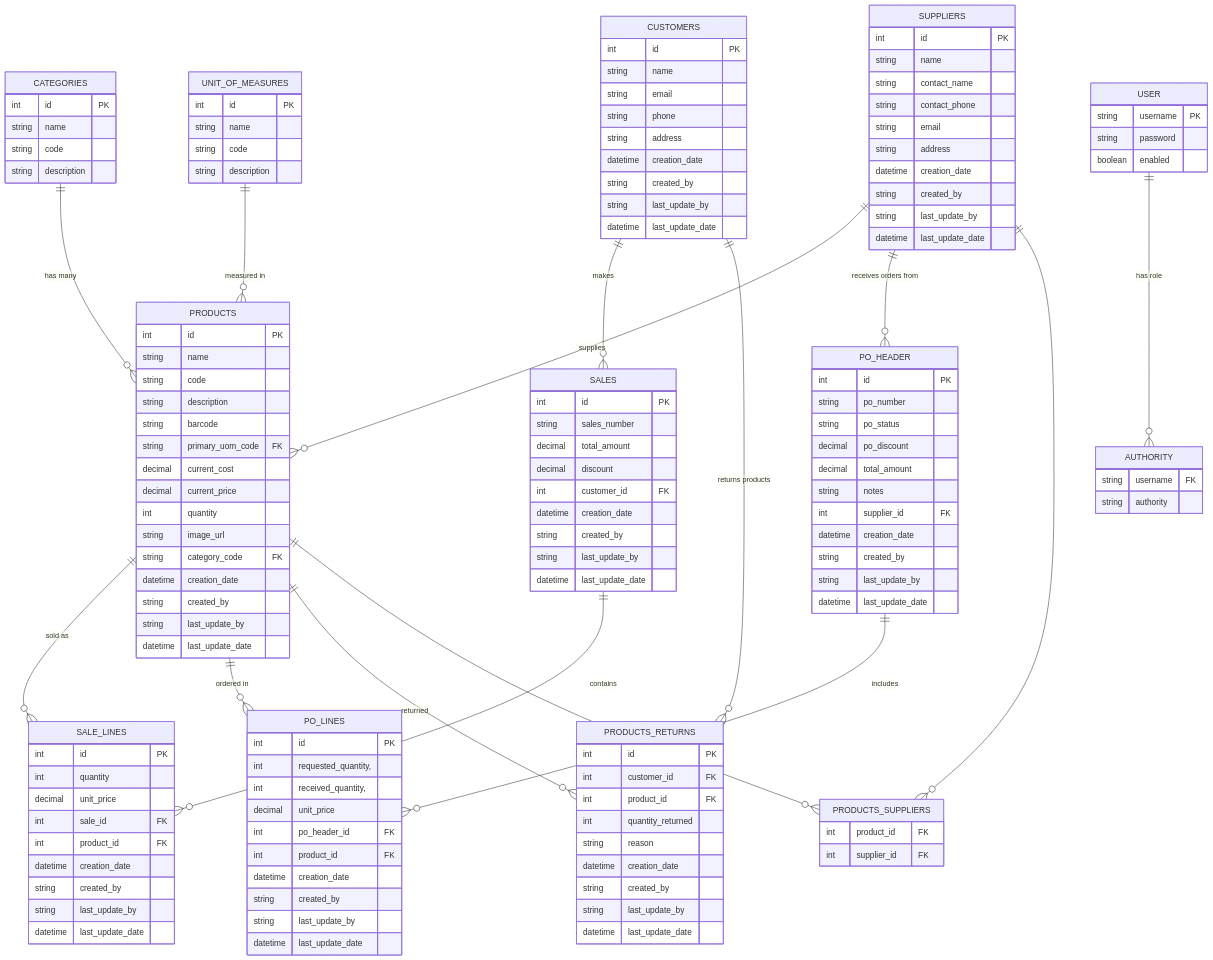
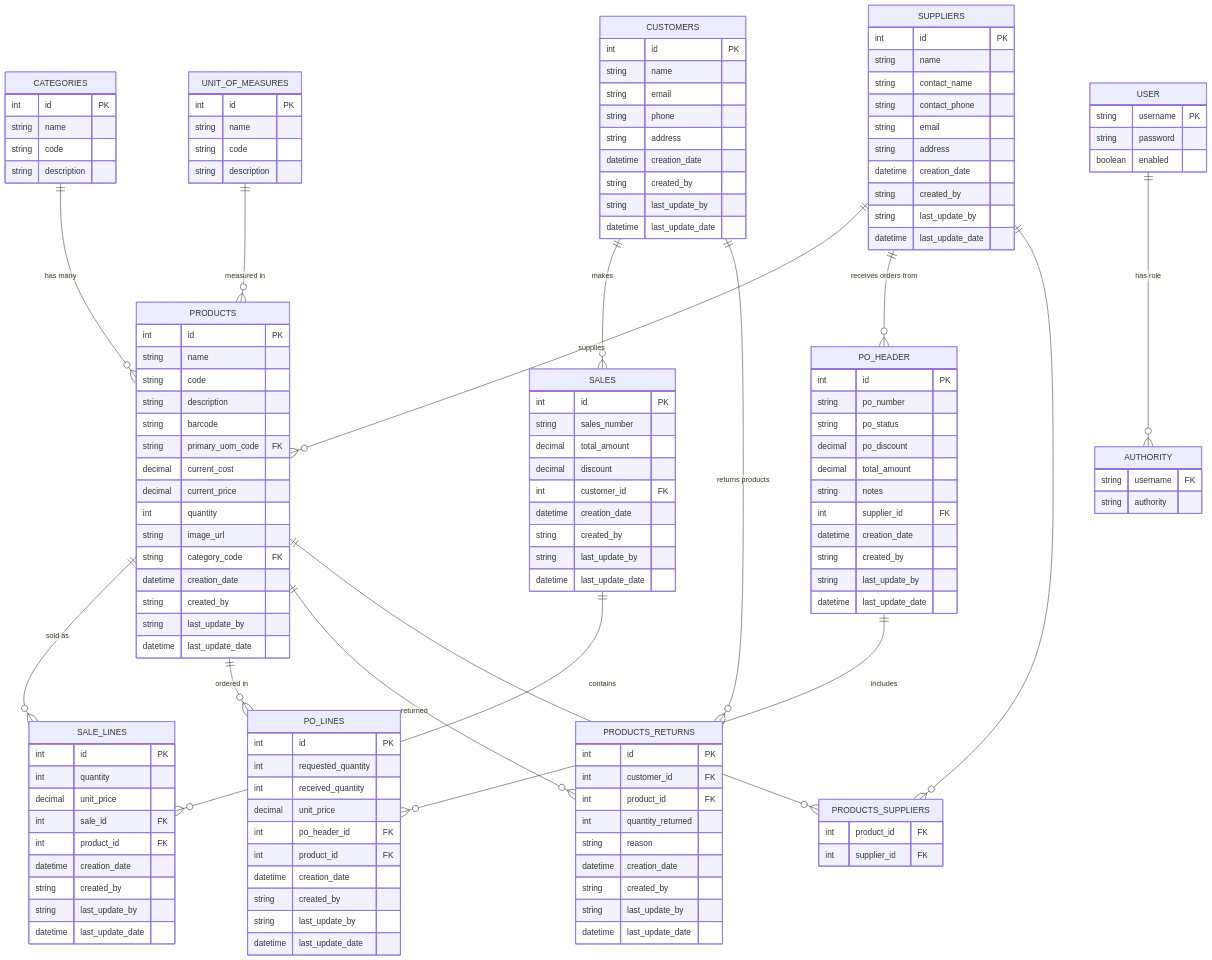
One commit to box-quarrel/Inventario-Backend changed the diagram in diagrams/erd-v1.mermaid. Above: the diagram before and after it, drawn with Mermaid. The commit also changed 31 other files, not shown here.

```diff
--- a/diagrams/erd-v1.mermaid
+++ b/diagrams/erd-v1.mermaid
@@ -1,151 +1,151 @@
 erDiagram
     PRODUCTS {
         int id PK
         string name
         string code
         string description
         string barcode
         string primary_uom_code FK
         decimal current_cost
         decimal current_price
         int quantity
         string image_url
         string category_code FK
         datetime creation_date
         string created_by
         string last_update_by
         datetime last_update_date
     }
 
     CATEGORIES {
         int id PK
         string name
         string code
         string description
     }
 
     UNIT_OF_MEASURES {
         int id PK
         string name
         string code
         string description
     }
 
     SALES {
         int id PK
         string sales_number
         decimal total_amount
         decimal discount
         int customer_id FK
         datetime creation_date
         string created_by
         string last_update_by
         datetime last_update_date
     }
 
     SALE_LINES {
         int id PK
         int quantity
         decimal unit_price
         int sale_id FK
         int product_id FK
         datetime creation_date
         string created_by
         string last_update_by
         datetime last_update_date
     }
 
     PO_HEADER {
         int id PK
         string po_number
         string po_status
         decimal po_discount
         decimal total_amount
         string notes
         int supplier_id FK
         datetime creation_date
         string created_by
         string last_update_by
         datetime last_update_date
     }
 
     PO_LINES {
         int id PK
-        int requested_quantity,
-        int received_quantity,
+        int requested_quantity
+        int received_quantity
         decimal unit_price
         int po_header_id FK
         int product_id FK
         datetime creation_date
         string created_by
         string last_update_by
         datetime last_update_date
     }
 
     PRODUCTS_RETURNS {
         int id PK
         int customer_id FK
         int product_id FK
         int quantity_returned
         string reason
         datetime creation_date
         string created_by
         string last_update_by
         datetime last_update_date
     }
 
     CUSTOMERS {
         int id PK
         string name
         string email
         string phone
         string address
         datetime creation_date
         string created_by
         string last_update_by
         datetime last_update_date
     }
 
     SUPPLIERS {
         int id PK
         string name
         string contact_name
         string contact_phone
         string email
         string address
         datetime creation_date
         string created_by
         string last_update_by
         datetime last_update_date
     }
 
     PRODUCTS_SUPPLIERS {
         int product_id FK
         int supplier_id FK
     }
 
     USER {
         string username PK
         string password
         boolean enabled
     }
 
     AUTHORITY {
         string username FK
         string authority
     }
 
     CATEGORIES ||--o{ PRODUCTS: "has many"
     UNIT_OF_MEASURES ||--o{ PRODUCTS: "measured in"
     PRODUCTS ||--o{ SALE_LINES: "sold as"
     SALES ||--o{ SALE_LINES: "contains"
     CUSTOMERS ||--o{ SALES: "makes"
     SUPPLIERS ||--o{ PRODUCTS: "supplies"
     SUPPLIERS ||--o{ PO_HEADER: "receives orders from"
     PO_HEADER ||--o{ PO_LINES: "includes"
     PRODUCTS ||--o{ PO_LINES: "ordered in"
     CUSTOMERS ||--o{ PRODUCTS_RETURNS: "returns products"
     PRODUCTS ||--o{ PRODUCTS_RETURNS: "returned"
     USER ||--o{ AUTHORITY: "has role"
     PRODUCTS ||--o{ PRODUCTS_SUPPLIERS: ""
     SUPPLIERS ||--o{ PRODUCTS_SUPPLIERS: ""
```
